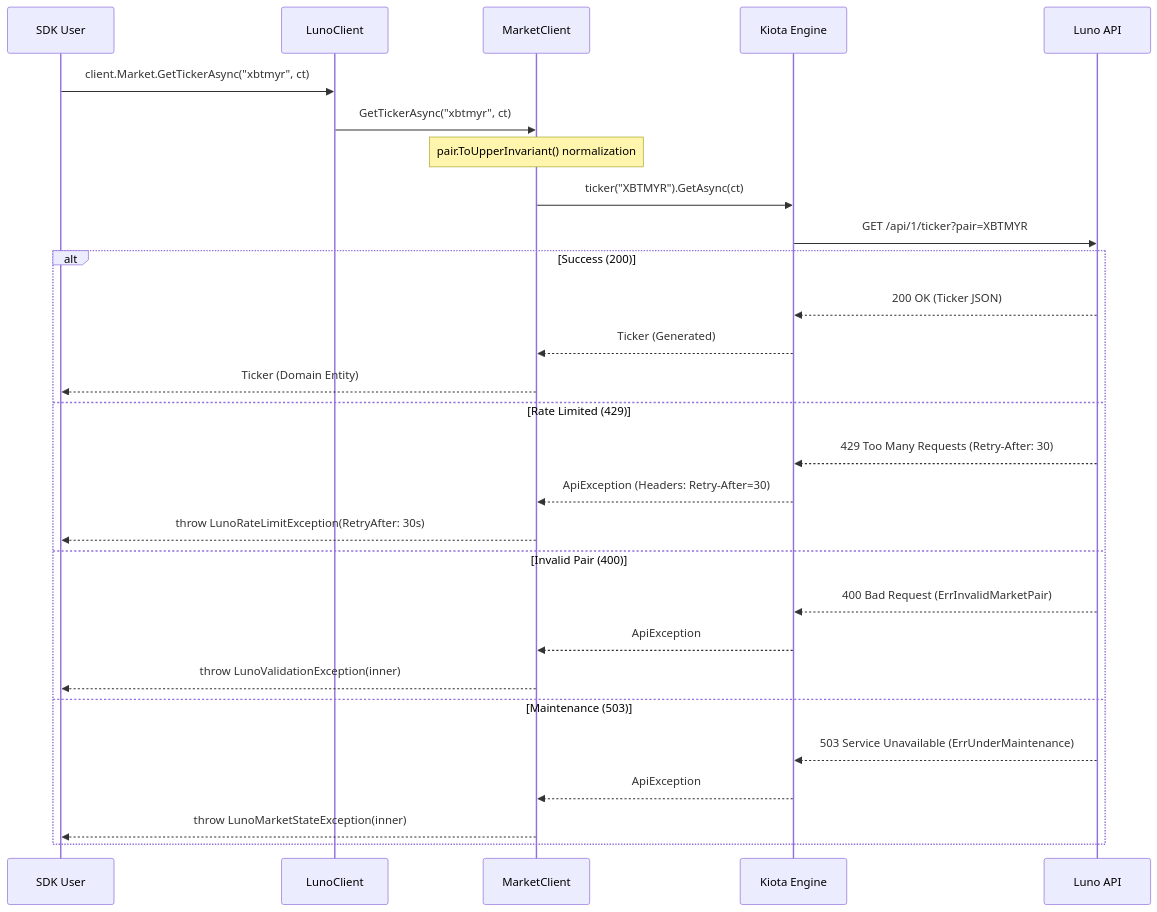
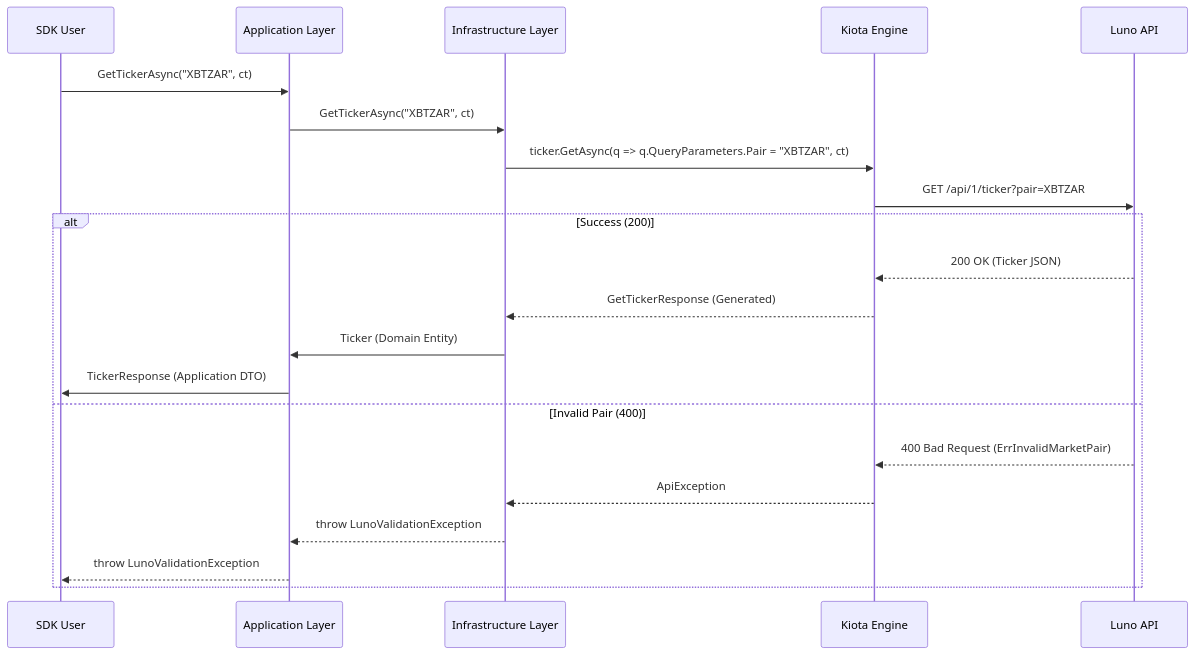
The diagram in docs/rfcs/drafts/RFC005_SinglePairTickerRetrieval.md (hsm207/Luno.SDK), drawn with Mermaid before and after one commit. The commit also changed other lines of this file, not shown here.

Commit message:
docs(rfc): correct Kiota timestamp note in RFC 005 appendix

````diff
--- a/docs/rfcs/drafts/RFC005_SinglePairTickerRetrieval.md
+++ b/docs/rfcs/drafts/RFC005_SinglePairTickerRetrieval.md
@@ -34,33 +33,25 @@
 ```mermaid
 sequenceDiagram
     %% <!-- MachineTruth: SingleTickerRetrievalPipeline -->
-    %% <!-- MachineTruth: NormalizationPolicy: ToUpperInvariant -->
     participant User as SDK User
-    participant Client as LunoClient
-    participant Market as MarketClient
+    participant App as Application Layer
+    participant Infra as Infrastructure Layer
     participant Kiota as Kiota Engine
     participant API as Luno API
 
-    User->>Client: client.Market.GetTickerAsync("xbtmyr", ct)
-    Client->>Market: GetTickerAsync("xbtmyr", ct)
-    Note over Market: pair.ToUpperInvariant() normalization
-    Market->>Kiota: ticker("XBTMYR").GetAsync(ct)
-    Kiota->>API: GET /api/1/ticker?pair=XBTMYR
+    User->>App: GetTickerAsync("XBTZAR", ct)
+    App->>Infra: GetTickerAsync("XBTZAR", ct)
+    Infra->>Kiota: ticker.GetAsync(q => q.QueryParameters.Pair = "XBTZAR", ct)
+    Kiota->>API: GET /api/1/ticker?pair=XBTZAR
     alt Success (200)
         API-->>Kiota: 200 OK (Ticker JSON)
-        Kiota-->>Market: Ticker (Generated)
-        Market-->>User: Ticker (Domain Entity)
-    else Rate Limited (429)
-        API-->>Kiota: 429 Too Many Requests (Retry-After: 30)
-        Kiota-->>Market: ApiException (Headers: Retry-After=30)
-        Market-->>User: throw LunoRateLimitException(RetryAfter: 30s)
+        Kiota-->>Infra: GetTickerResponse (Generated)
+        Infra->>App: Ticker (Domain Entity)
+        App->>User: TickerResponse (Application DTO)
     else Invalid Pair (400)
         API-->>Kiota: 400 Bad Request (ErrInvalidMarketPair)
-        Kiota-->>Market: ApiException
-        Market-->>User: throw LunoValidationException(inner)
-    else Maintenance (503)
-        API-->>Kiota: 503 Service Unavailable (ErrUnderMaintenance)
-        Kiota-->>Market: ApiException
-        Market-->>User: throw LunoMarketStateException(inner)
+        Kiota-->>Infra: ApiException
+        Infra-->>App: throw LunoValidationException
+        App-->>User: throw LunoValidationException
     end
 ```
````
